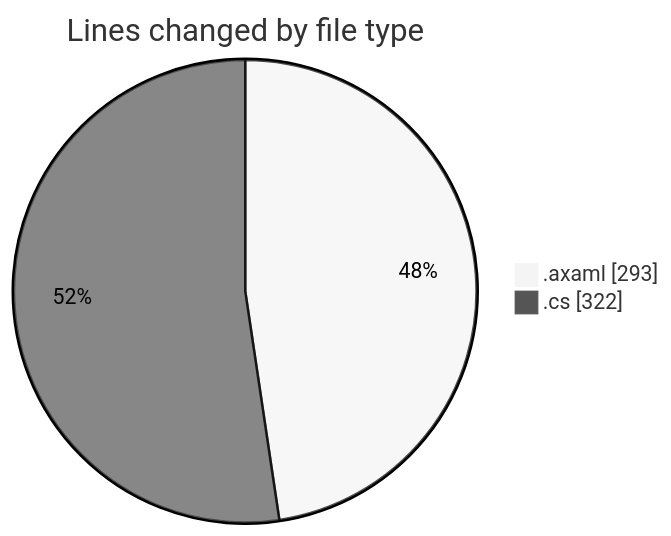
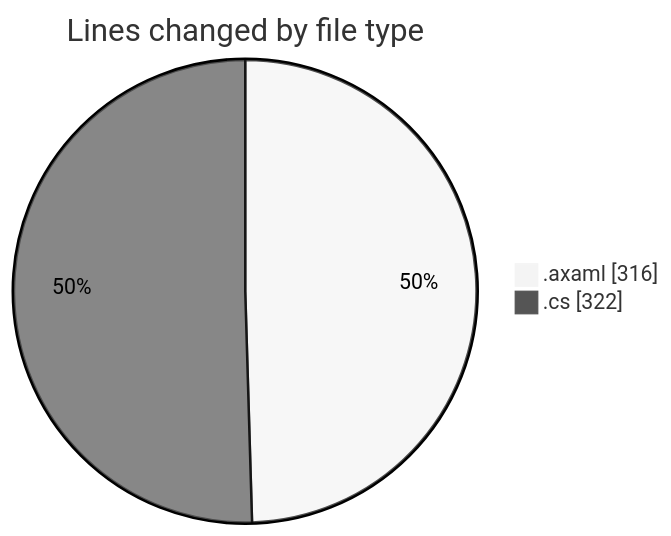
The first of 2 diagrams in 2025-10-30/skintrack/README.md (Netris89/code-tracking), drawn with Mermaid (neutral theme) before and after one commit. The commit also changed other lines of this file and 1 other file, not shown here.

````diff
--- a/2025-10-30/skintrack/README.md
+++ b/2025-10-30/skintrack/README.md
@@ -29,6 +29,6 @@
 ```mermaid
 pie showData
 title Lines changed by file type
-".axaml" : 293
+".axaml" : 316
 ".cs" : 322
 ```
````
